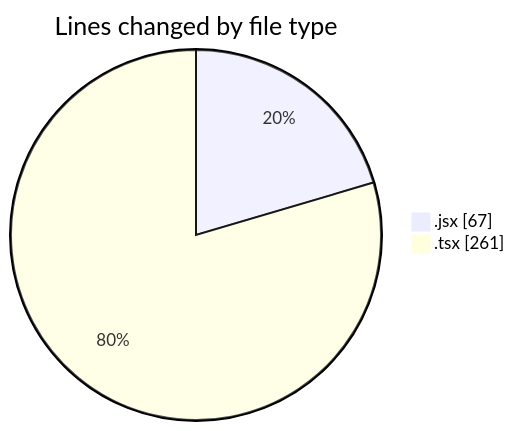
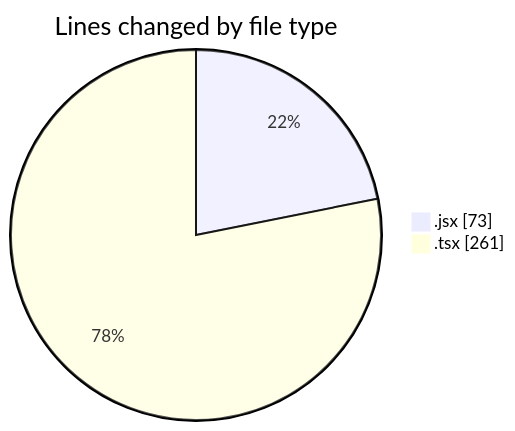
One commit to momahboobian/code-tracking changed the first of 2 diagrams in 2026-02-11/cda/README.md. Above: the diagram before and after it, drawn with Mermaid. The commit also changed other lines of this file and 1 other file, not shown here.

````diff
--- a/2026-02-11/cda/README.md
+++ b/2026-02-11/cda/README.md
@@ -21,6 +21,6 @@
 ```mermaid
 pie showData
 title Lines changed by file type
-".jsx" : 67
+".jsx" : 73
 ".tsx" : 261
 ```
````
